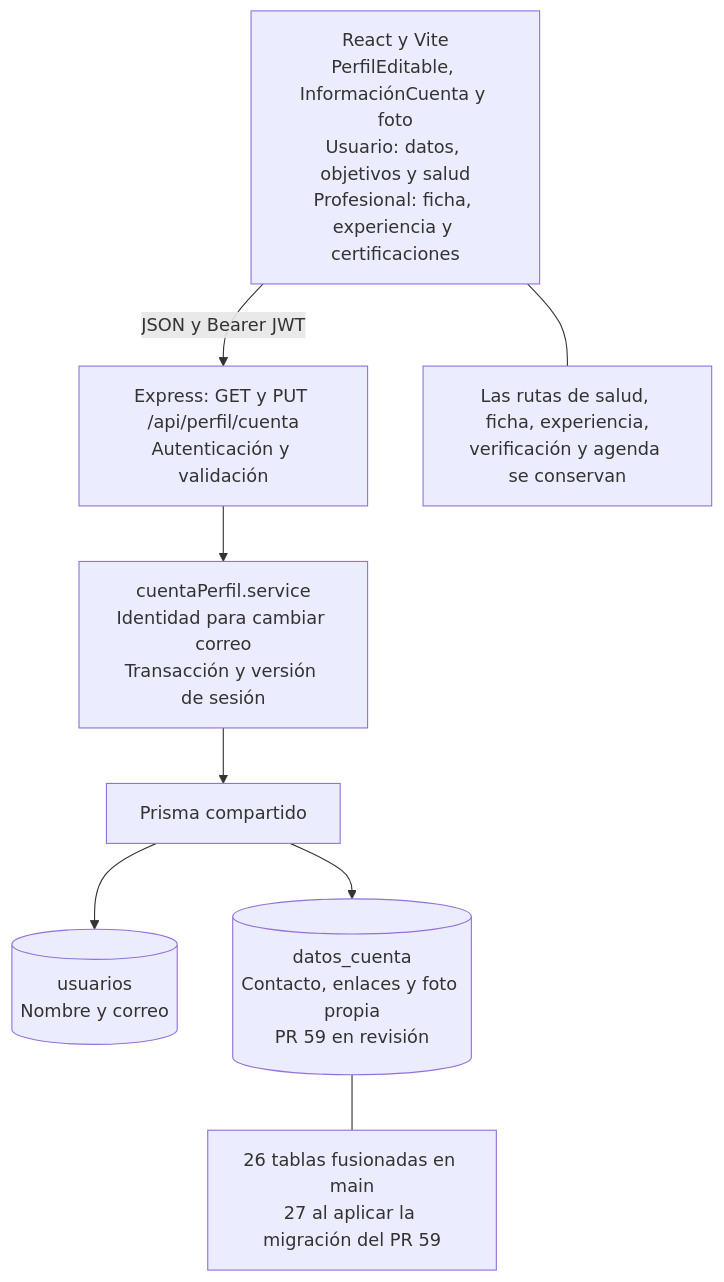
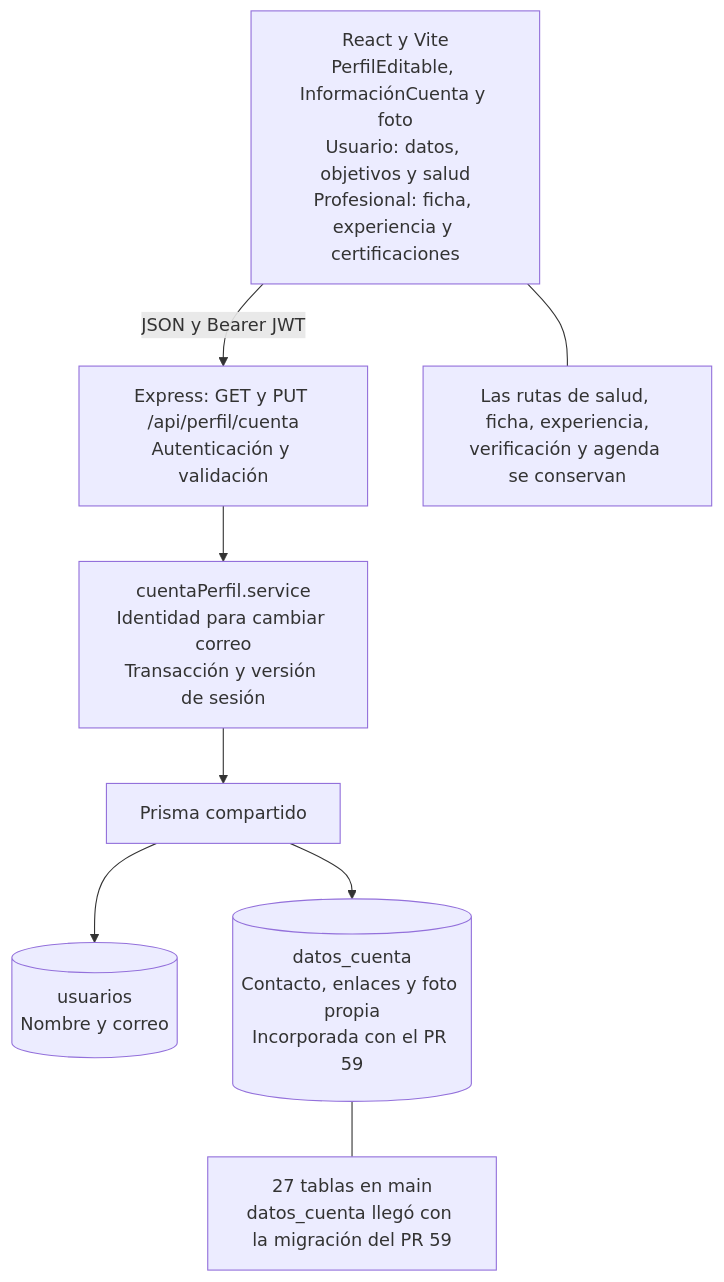
One commit to ncxlas/FitSearch changed the diagram in FASE 2/Evidencias Proyecto/Evidencias de documentación/Diagramas (Miro)/Actualización Sprint 3/Presentacion_DAS/07_Vista_de_Desarrollo_Resumen.mmd. Above: the diagram before and after it, drawn with Mermaid. The commit also changed 29 other files, not shown here.

First line of the commit message:
Actualiza los rótulos del PR 59 en los diagramas y en el DAS

```diff
--- a/FASE 2/Evidencias Proyecto/Evidencias de documentación/Diagramas (Miro)/Actualización Sprint 3/Presentacion_DAS/07_Vista_de_Desarrollo_Resumen.mmd
+++ b/FASE 2/Evidencias Proyecto/Evidencias de documentación/Diagramas (Miro)/Actualización Sprint 3/Presentacion_DAS/07_Vista_de_Desarrollo_Resumen.mmd
@@ -1,9 +1,9 @@
 flowchart TB
   F["React y Vite<br/>PerfilEditable, InformaciónCuenta y foto<br/>Usuario: datos, objetivos y salud<br/>Profesional: ficha, experiencia y certificaciones"]
   F -->|"JSON y Bearer JWT"| R["Express: GET y PUT /api/perfil/cuenta<br/>Autenticación y validación"]
   R --> S["cuentaPerfil.service<br/>Identidad para cambiar correo<br/>Transacción y versión de sesión"]
   S --> P["Prisma compartido"]
   P --> U[("usuarios<br/>Nombre y correo")]
-  P --> C[("datos_cuenta<br/>Contacto, enlaces y foto propia<br/>PR 59 en revisión")]
+  P --> C[("datos_cuenta<br/>Contacto, enlaces y foto propia<br/>Incorporada con el PR 59")]
   F --- E["Las rutas de salud, ficha, experiencia,<br/>verificación y agenda se conservan"]
-  C --- N["26 tablas fusionadas en main<br/>27 al aplicar la migración del PR 59"]
+  C --- N["27 tablas en main<br/>datos_cuenta llegó con la migración del PR 59"]
```
